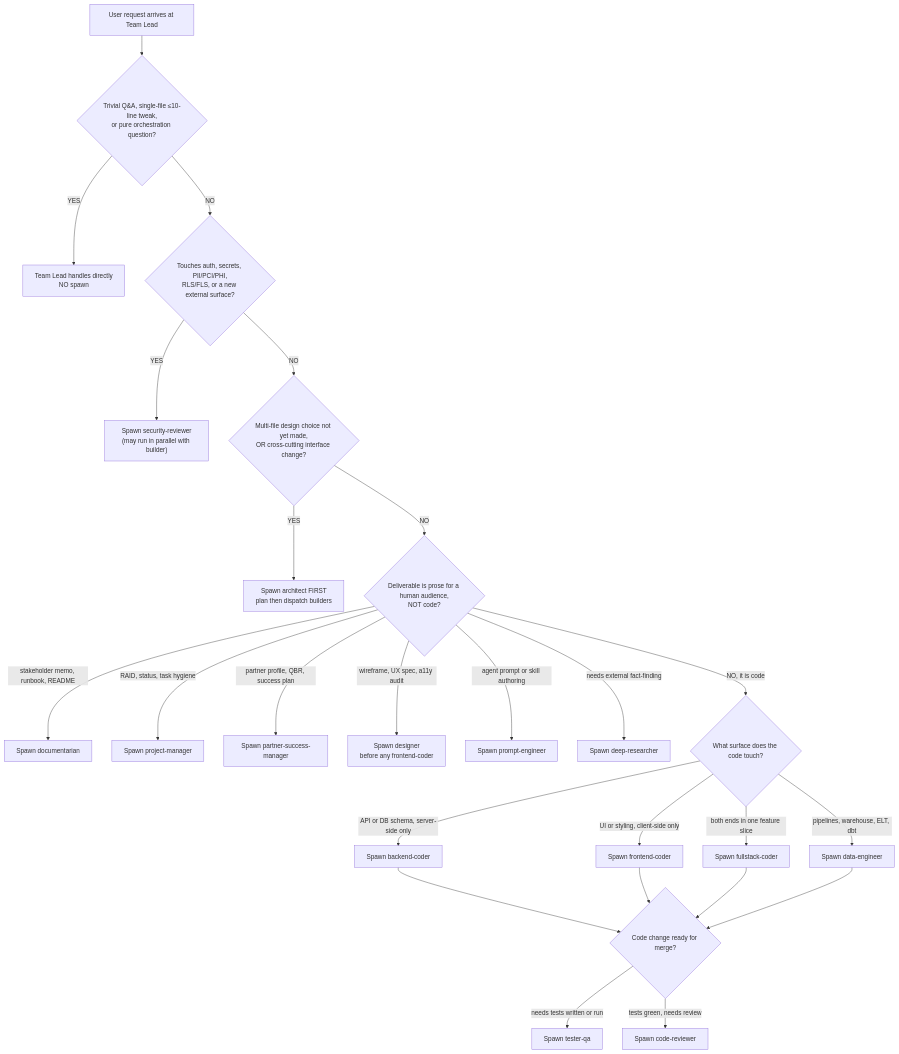
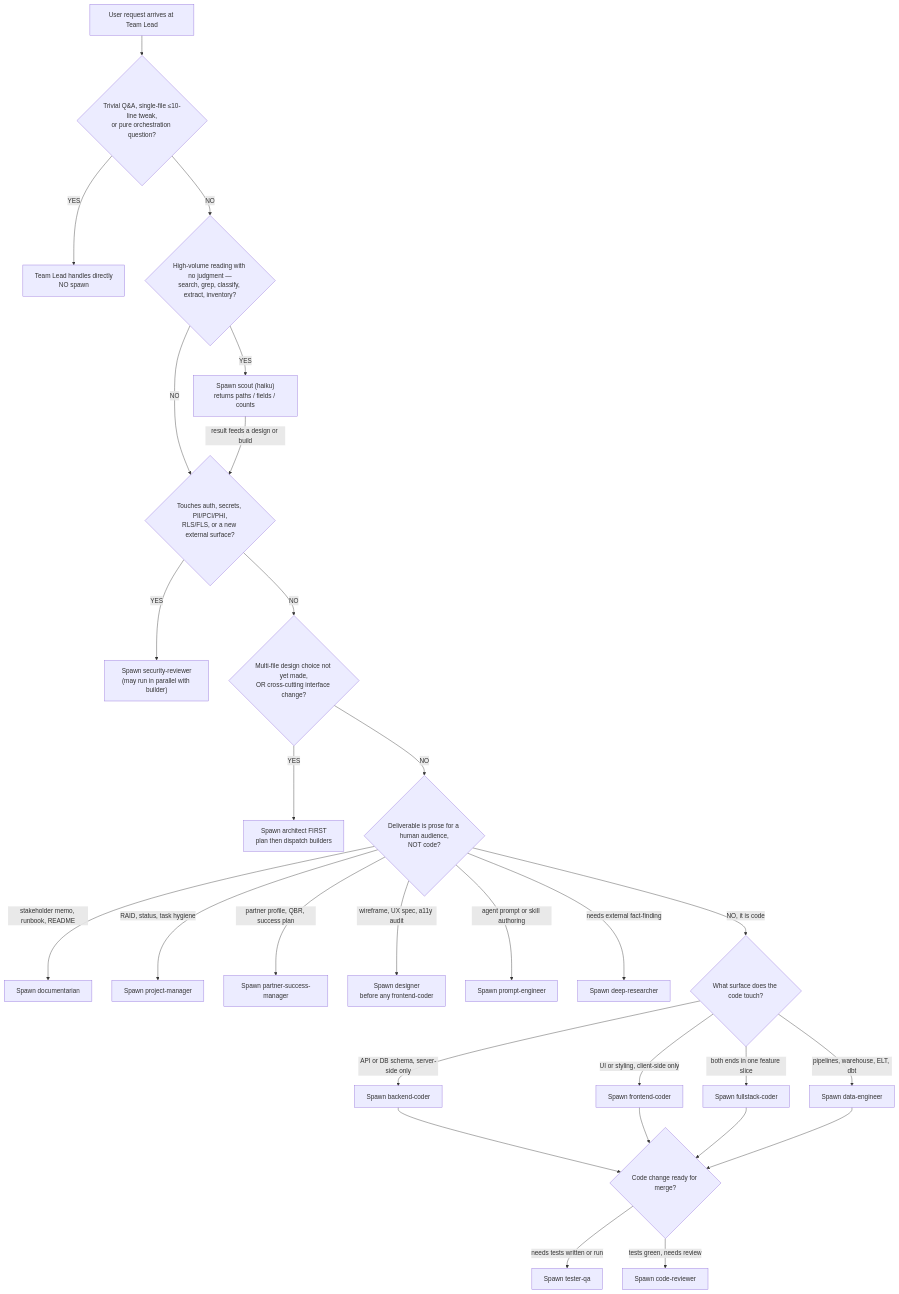
The diagram in plugins/ravenclaude-core/knowledge/agent-routing.md (mcorbett51090/RavenClaude), drawn with Mermaid before and after one commit. The commit also changed other lines of this file and 2 other files, not shown here.

First line of the commit message:
docs(ravenclaude-core): worker contract in collaboration rule; scout leaf + tier column in agent-routing

````diff
--- a/plugins/ravenclaude-core/knowledge/agent-routing.md
+++ b/plugins/ravenclaude-core/knowledge/agent-routing.md
@@ -19,27 +19,30 @@
 ```mermaid
 flowchart TD
     START[User request arrives at Team Lead] --> Q1{"Trivial Q&A, single-file ≤10-line tweak,<br/>or pure orchestration question?"}
     Q1 -->|YES| DIRECT["Team Lead handles directly<br/>NO spawn"]
-    Q1 -->|NO| Q2{"Touches auth, secrets, PII/PCI/PHI,<br/>RLS/FLS, or a new external surface?"}
+    Q1 -->|NO| Q1b{"High-volume reading with no judgment —<br/>search, grep, classify, extract, inventory?"}
+    Q1b -->|YES| SCOUT["Spawn scout (haiku)<br/>returns paths / fields / counts"]
+    Q1b -->|NO| Q2{"Touches auth, secrets, PII/PCI/PHI,<br/>RLS/FLS, or a new external surface?"}
+    SCOUT -->|"result feeds a design or build"| Q2
     Q2 -->|YES| SEC["Spawn security-reviewer<br/>(may run in parallel with builder)"]
     Q2 -->|NO| Q3{"Multi-file design choice not yet made,<br/>OR cross-cutting interface change?"}
     Q3 -->|YES| ARCH["Spawn architect FIRST<br/>plan then dispatch builders"]
     Q3 -->|NO| Q4{"Deliverable is prose for a human audience,<br/>NOT code?"}
     Q4 -->|"stakeholder memo, runbook, README"| DOC[Spawn documentarian]
     Q4 -->|"RAID, status, task hygiene"| PM[Spawn project-manager]
     Q4 -->|"partner profile, QBR, success plan"| PSM[Spawn partner-success-manager]
     Q4 -->|"wireframe, UX spec, a11y audit"| DSGN["Spawn designer<br/>before any frontend-coder"]
     Q4 -->|"agent prompt or skill authoring"| PE[Spawn prompt-engineer]
     Q4 -->|"needs external fact-finding"| DR[Spawn deep-researcher]
     Q4 -->|"NO, it is code"| Q5{What surface does the code touch?}
     Q5 -->|"UI or styling, client-side only"| FE[Spawn frontend-coder]
     Q5 -->|"API or DB schema, server-side only"| BE[Spawn backend-coder]
     Q5 -->|"both ends in one feature slice"| FS[Spawn fullstack-coder]
     Q5 -->|"pipelines, warehouse, ELT, dbt"| DE[Spawn data-engineer]
     BE --> POST{Code change ready for merge?}
     FE --> POST
     FS --> POST
     DE --> POST
     POST -->|"needs tests written or run"| QA[Spawn tester-qa]
     POST -->|"tests green, needs review"| CR[Spawn code-reviewer]
 ```
````
